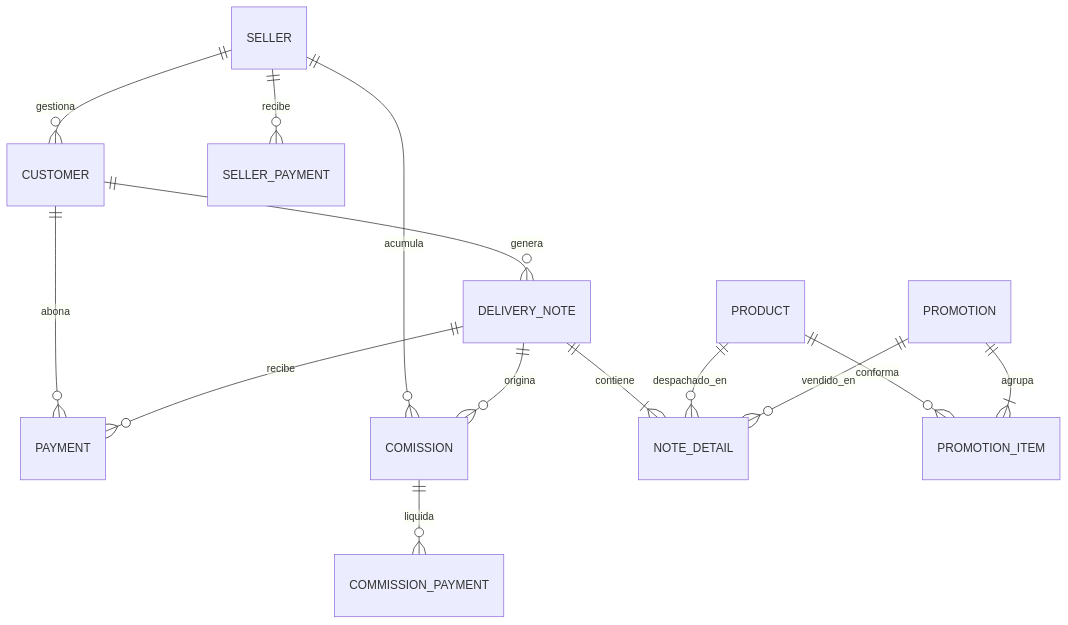
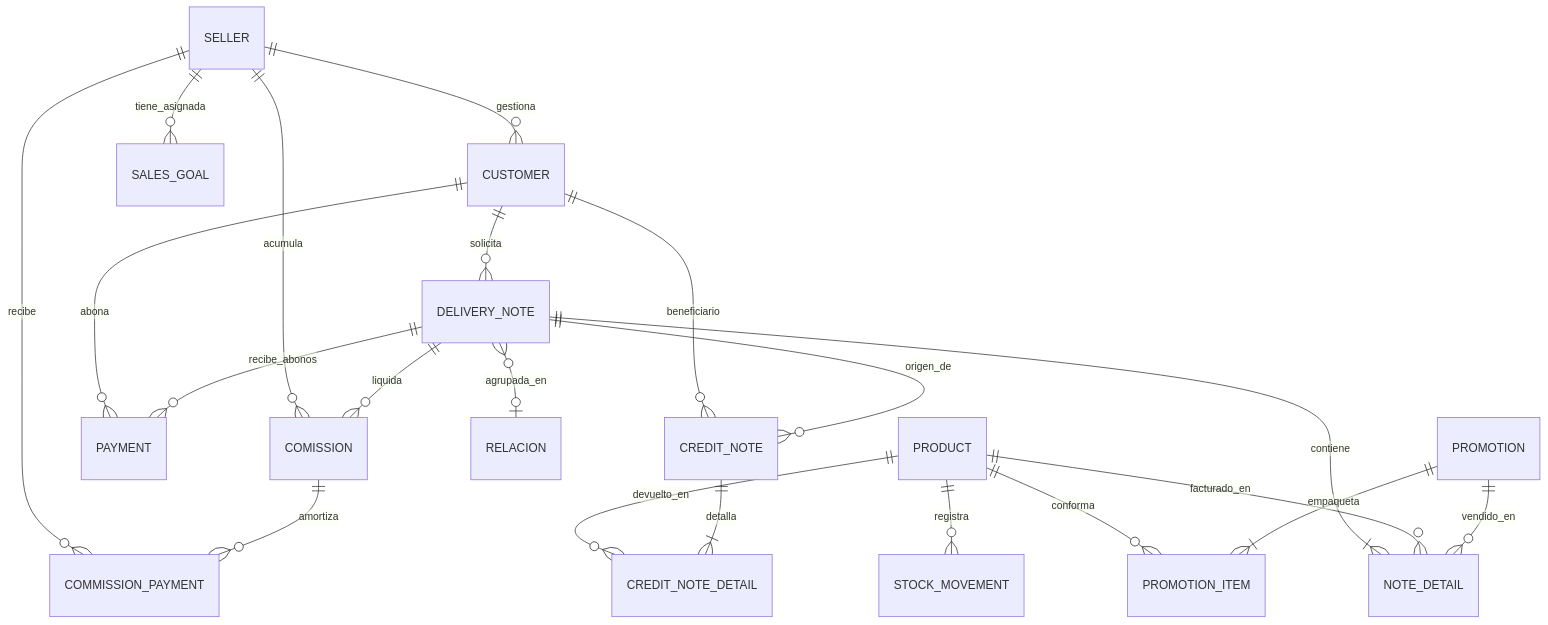
One commit to Lulujax/NinOS changed the diagram in README.md. Above: the diagram before and after it, drawn with Mermaid. The commit also changed other lines of this file, not shown here.

````diff
--- a/README.md
+++ b/README.md
@@ -265,20 +248,28 @@
 ```mermaid
 erDiagram
-    CUSTOMER ||--o{ DELIVERY_NOTE : "genera"
-    CUSTOMER ||--o{ PAYMENT : "abona"
     SELLER ||--o{ CUSTOMER : "gestiona"
     SELLER ||--o{ COMISSION : "acumula"
-    SELLER ||--o{ SELLER_PAYMENT : "recibe"
+    SELLER ||--o{ COMMISSION_PAYMENT : "recibe"
+    SELLER ||--o{ SALES_GOAL : "tiene_asignada"
+
+    CUSTOMER ||--o{ DELIVERY_NOTE : "solicita"
+    CUSTOMER ||--o{ PAYMENT : "abona"
+    CUSTOMER ||--o{ CREDIT_NOTE : "beneficiario"
 
     DELIVERY_NOTE ||--|{ NOTE_DETAIL : "contiene"
-    DELIVERY_NOTE ||--o{ PAYMENT : "recibe"
-    DELIVERY_NOTE ||--o{ COMISSION : "origina"
+    DELIVERY_NOTE ||--o{ PAYMENT : "recibe_abonos"
+    DELIVERY_NOTE ||--o{ COMISSION : "liquida"
+    DELIVERY_NOTE ||--o{ CREDIT_NOTE : "origen_de"
+    DELIVERY_NOTE }o--o| RELACION : "agrupada_en"
 
-    PRODUCT ||--o{ NOTE_DETAIL : "despachado_en"
+    PRODUCT ||--o{ NOTE_DETAIL : "facturado_en"
     PRODUCT ||--o{ PROMOTION_ITEM : "conforma"
+    PRODUCT ||--o{ CREDIT_NOTE_DETAIL : "devuelto_en"
+    PRODUCT ||--o{ STOCK_MOVEMENT : "registra"
 
-    PROMOTION ||--|{ PROMOTION_ITEM : "agrupa"
+    PROMOTION ||--|{ PROMOTION_ITEM : "empaqueta"
     PROMOTION ||--o{ NOTE_DETAIL : "vendido_en"
 
-    COMISSION ||--o{ COMMISSION_PAYMENT : "liquida"
+    CREDIT_NOTE ||--|{ CREDIT_NOTE_DETAIL : "detalla"
+    COMISSION ||--o{ COMMISSION_PAYMENT : "amortiza"
 ```
````
